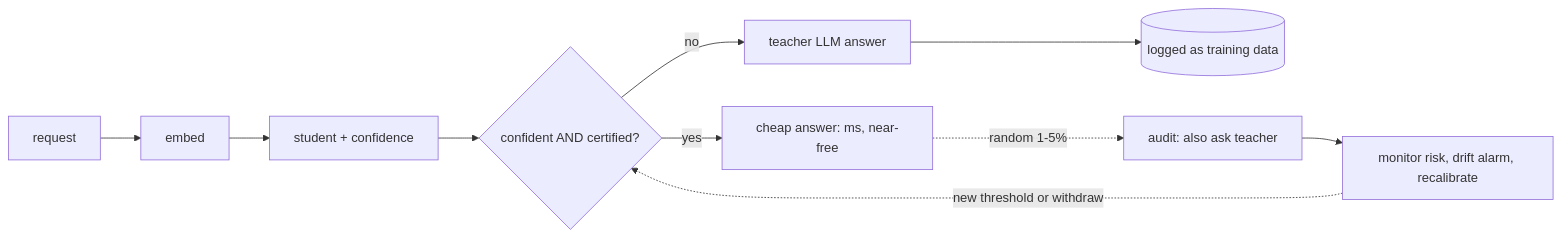
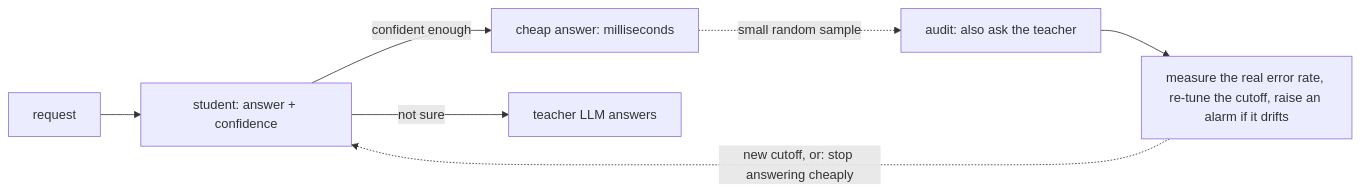
One commit to pandey0/cascade changed the diagram in README.md. Above: the diagram before and after it, drawn with Mermaid. The commit also changed other lines of this file and 9 other files, not shown here.

````diff
--- a/README.md
+++ b/README.md
@@ -47,11 +25,9 @@
 ```mermaid
 flowchart LR
-  R[request] --> E[embed] --> S[student + confidence]
-  S --> G{confident AND certified?}
-  G -- yes --> C[cheap answer: ms, near-free]
-  G -- no --> T[teacher LLM answer]
-  T --> D[(logged as training data)]
-  C -. random 1-5% .-> A[audit: also ask teacher]
-  A --> M[monitor risk, drift alarm, recalibrate]
-  M -. new threshold or withdraw .-> G
+  R[request] --> S[student: answer + confidence]
+  S -- "confident enough" --> C[cheap answer: milliseconds]
+  S -- "not sure" --> T[teacher LLM answers]
+  C -. "small random sample" .-> A[audit: also ask the teacher]
+  A --> M[measure the real error rate, re-tune the cutoff, raise an alarm if it drifts]
+  M -. "new cutoff, or: stop answering cheaply" .-> S
 ```
````
